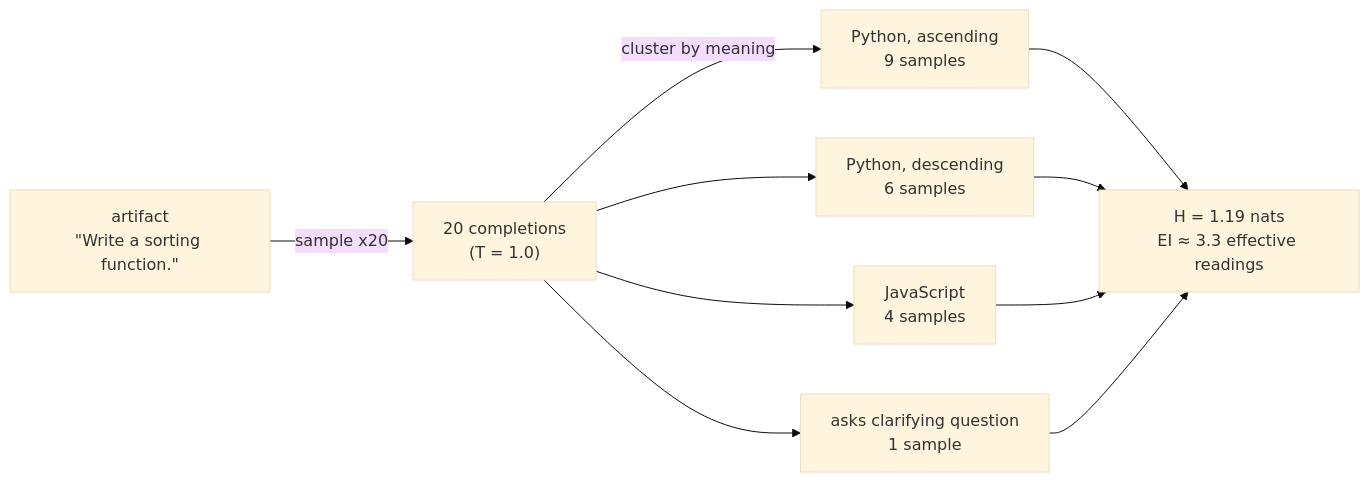
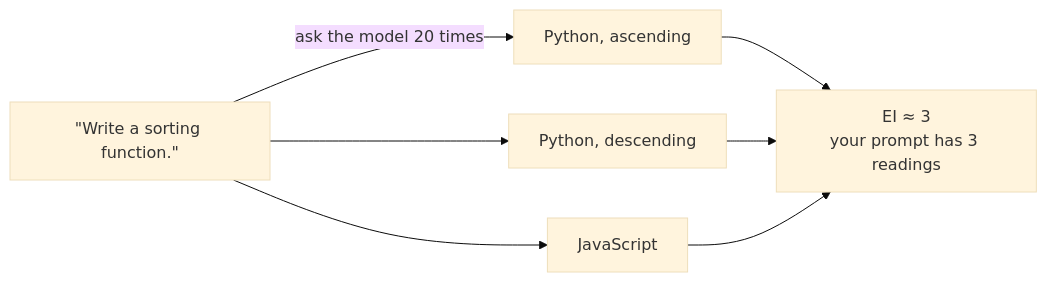
Before and after one commit to adam-conway/guessbench: the diagram in README.md, drawn with Mermaid (base theme). The commit also changed other lines of this file, not shown here.

Commit message:
Simplify readme

````diff
--- a/README.md
+++ b/README.md
@@ -5,20 +5,15 @@
 ```mermaid
 flowchart LR
-    artifact["artifact<br/>&quot;Write a sorting function.&quot;"]
-    samples["20 completions<br/>(T = 1.0)"]
-    c1["Python, ascending<br/>9 samples"]
-    c2["Python, descending<br/>6 samples"]
-    c3["JavaScript<br/>4 samples"]
-    c4["asks clarifying question<br/>1 sample"]
-    ei["H = 1.19 nats<br/>EI ≈ 3.3 effective readings"]
+    prompt["&quot;Write a sorting function.&quot;"]
+    c1["Python, ascending"]
+    c2["Python, descending"]
+    c3["JavaScript"]
+    score["EI ≈ 3<br/>your prompt has 3 readings"]
 
-    artifact -->|"sample x20"| samples
-    samples -->|"cluster by meaning"| c1
-    samples --> c2
-    samples --> c3
-    samples --> c4
-    c1 --> ei
-    c2 --> ei
-    c3 --> ei
-    c4 --> ei
+    prompt -->|"ask the model 20 times"| c1
+    prompt --> c2
+    prompt --> c3
+    c1 --> score
+    c2 --> score
+    c3 --> score
 ```
````
